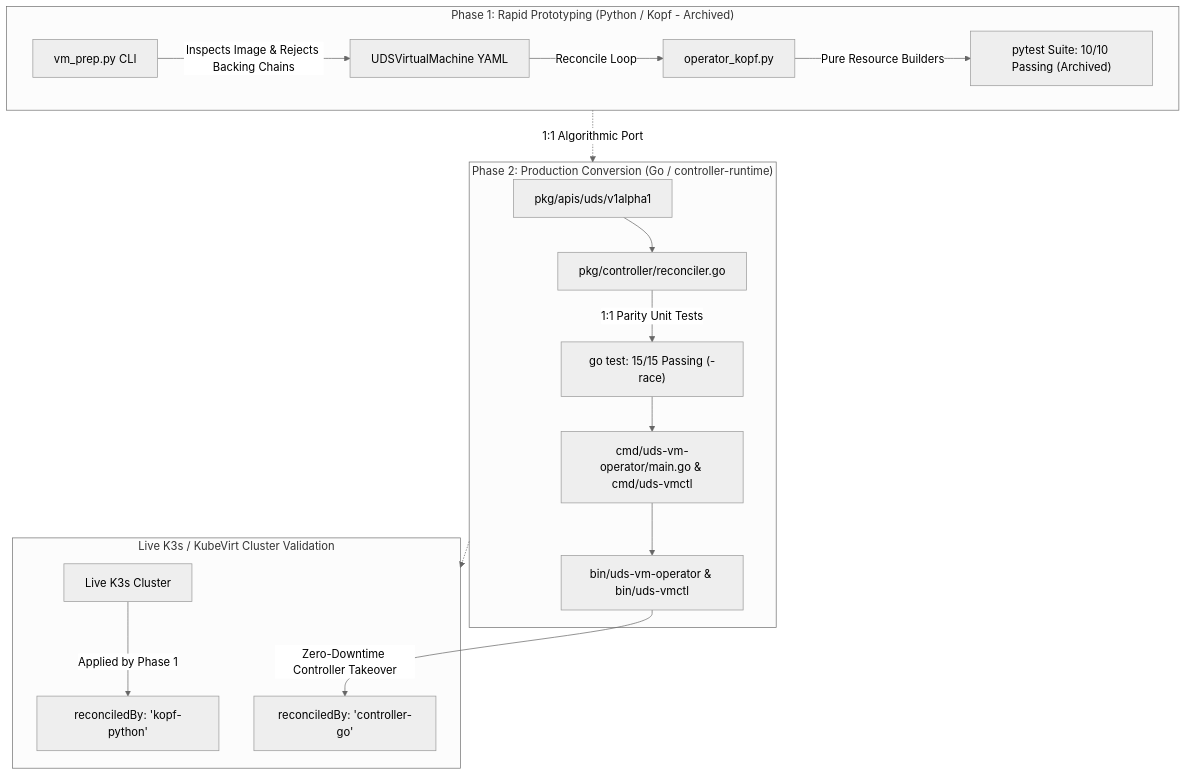
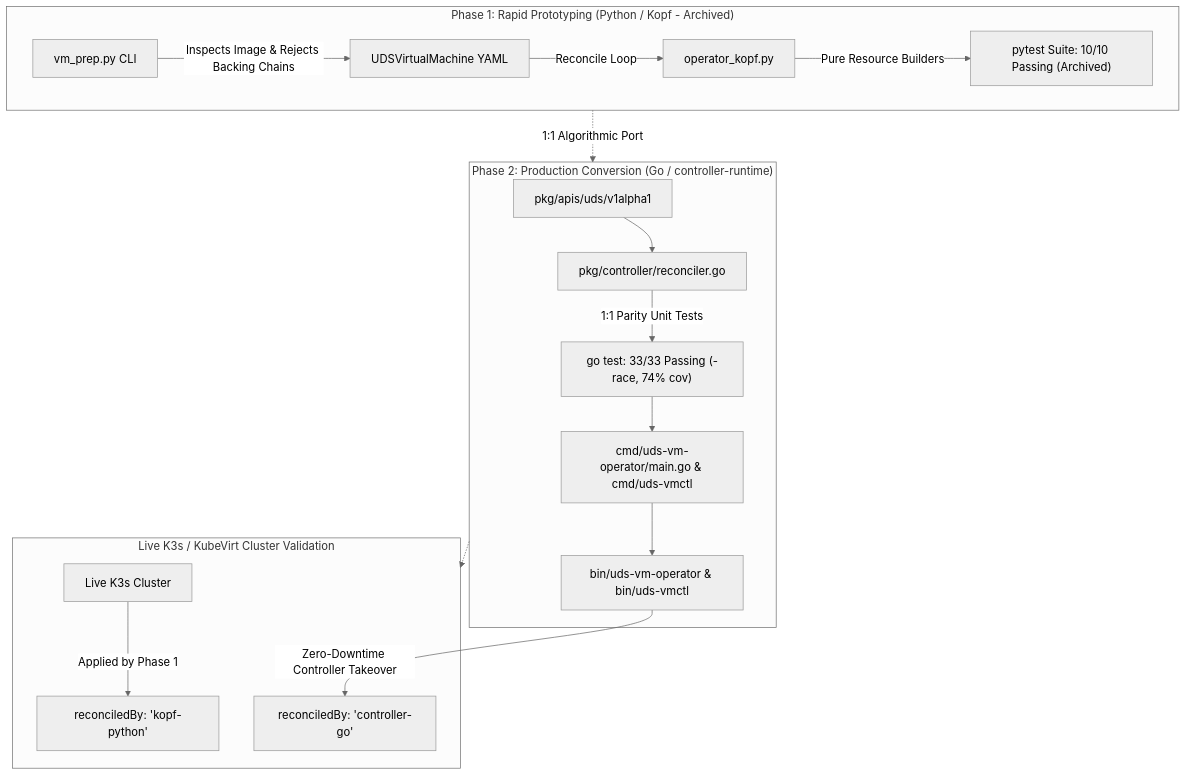
One commit to celttechie/uds-vm-operator changed the diagram in README.md. Above: the diagram before and after it, drawn with Mermaid (neutral theme). The commit also changed other lines of this file and 14 other files, not shown here.

````diff
--- a/README.md
+++ b/README.md
@@ -33,23 +33,23 @@
 ```mermaid
 flowchart TD
     subgraph Stage1["Phase 1: Rapid Prototyping (Python / Kopf - Archived)"]
         A[vm_prep.py CLI] -->|Inspects Image & Rejects Backing Chains| B[UDSVirtualMachine YAML]
         B -->|Reconcile Loop| C[operator_kopf.py]
         C -->|Pure Resource Builders| D["pytest Suite: 10/10 Passing (Archived)"]
     end
 
     subgraph Stage2["Phase 2: Production Conversion (Go / controller-runtime)"]
         E[pkg/apis/uds/v1alpha1] --> F[pkg/controller/reconciler.go]
-        F -->|1:1 Parity Unit Tests| G["go test: 15/15 Passing (-race)"]
+        F -->|1:1 Parity Unit Tests| G["go test: 33/33 Passing (-race, 74% cov)"]
         G --> H[cmd/uds-vm-operator/main.go & cmd/uds-vmctl]
         H --> I[bin/uds-vm-operator & bin/uds-vmctl]
     end
 
     subgraph LiveCluster["Live K3s / KubeVirt Cluster Validation"]
         J[Live K3s Cluster] -->|Applied by Phase 1| K[reconciledBy: 'kopf-python']
         I -->|Zero-Downtime Controller Takeover| L[reconciledBy: 'controller-go']
     end
 
     Stage1 -.->|1:1 Algorithmic Port| Stage2
     Stage2 -.-> LiveCluster
 ```
````
